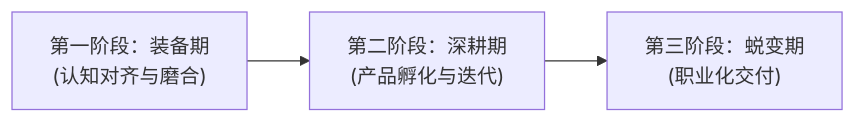
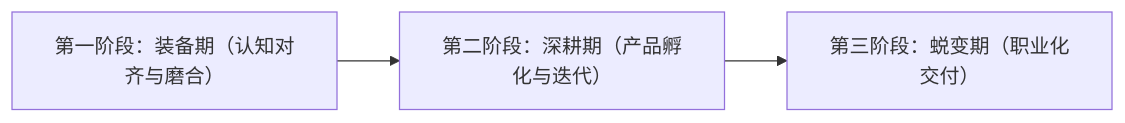
Before and after one commit to Bald0Wang/docs: the diagram in hackathon/curriculum-overview.mdx, drawn with Mermaid. The commit also changed 5 other files, not shown here.

````diff
--- a/hackathon/curriculum-overview.mdx
+++ b/hackathon/curriculum-overview.mdx
@@ -10,8 +10,8 @@
 ```mermaid
 graph LR
-    P1["第一阶段：装备期<br/>(认知对齐与磨合)"]
-    P2["第二阶段：深耕期<br/>(产品孵化与迭代)"]
-    P3["第三阶段：蜕变期<br/>(职业化交付)"]
+    P1["第一阶段：装备期（认知对齐与磨合）"]
+    P2["第二阶段：深耕期（产品孵化与迭代）"]
+    P3["第三阶段：蜕变期（职业化交付）"]
 
     P1 --> P2 --> P3
 ```
````
